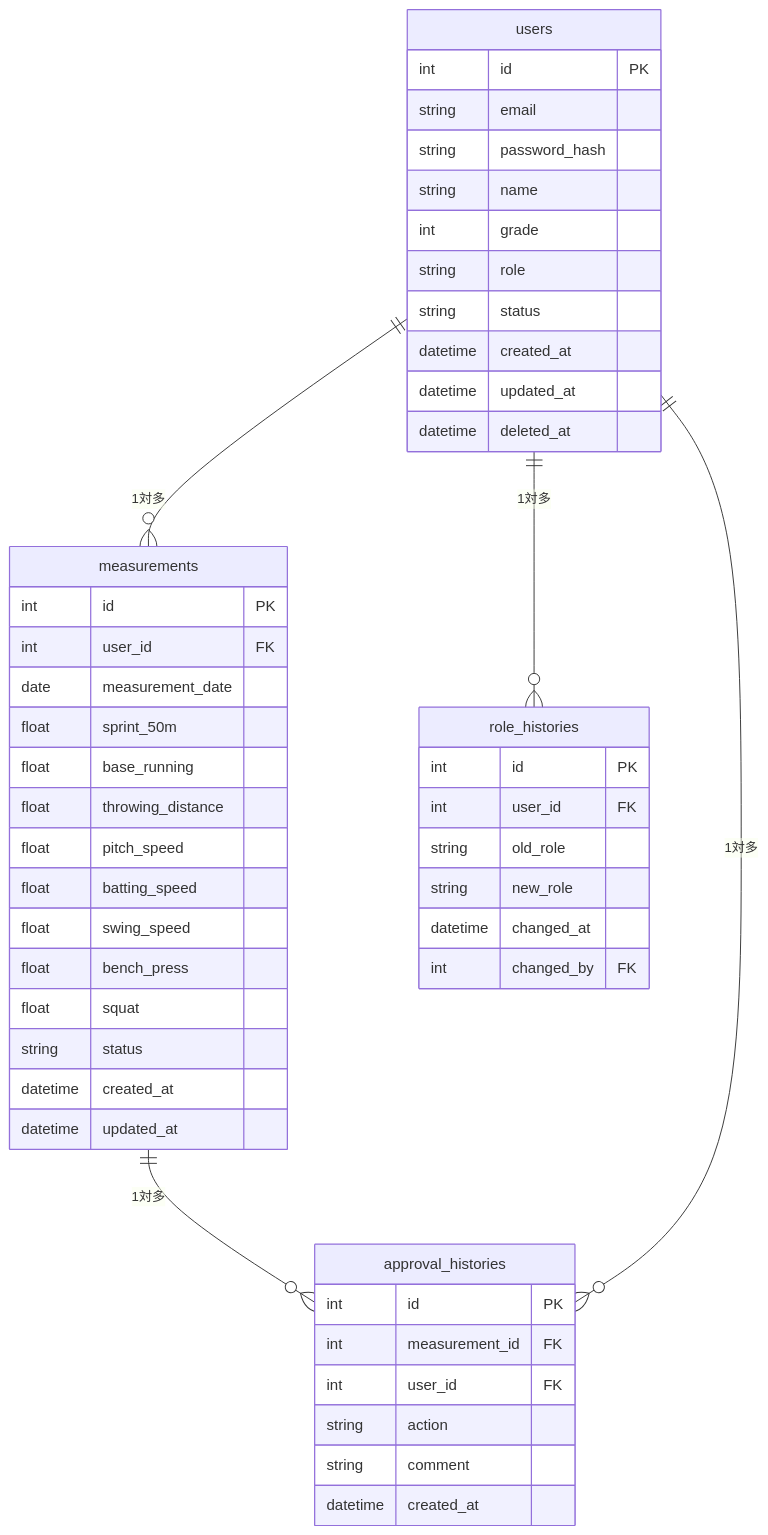
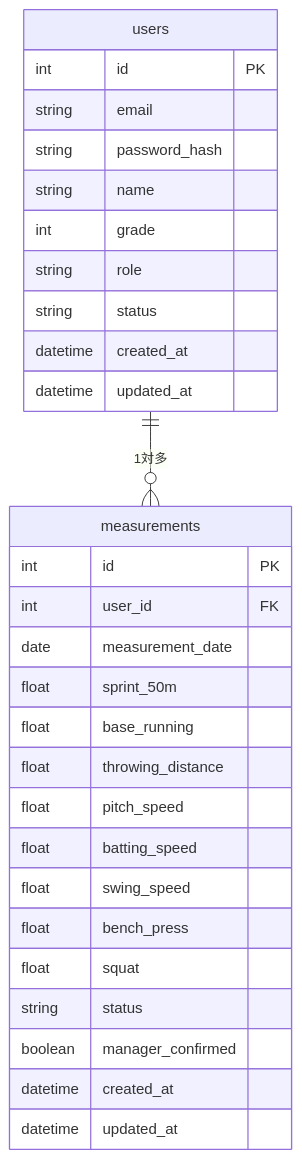
The second of 2 diagrams in baseball_talent_manager/docs/er.md (SungyongAn/portfolio), drawn with Mermaid before and after one commit. The commit also changed other lines of this file and 10 other files, not shown here.

````diff
--- a/baseball_talent_manager/docs/er.md
+++ b/baseball_talent_manager/docs/er.md
@@ -46,55 +45,34 @@
 ```mermaid
 erDiagram
     users {
         int id PK
         string email
         string password_hash
         string name
         int grade
         string role
         string status
         datetime created_at
         datetime updated_at
-        datetime deleted_at
     }
 
     measurements {
         int id PK
         int user_id FK
         date measurement_date
         float sprint_50m
         float base_running
         float throwing_distance
         float pitch_speed
         float batting_speed
         float swing_speed
         float bench_press
         float squat
         string status
+        boolean manager_confirmed
         datetime created_at
         datetime updated_at
     }
 
-    approval_histories {
-        int id PK
-        int measurement_id FK
-        int user_id FK
-        string action
-        string comment
-        datetime created_at
-    }
-
-    role_histories {
-        int id PK
-        int user_id FK
-        string old_role
-        string new_role
-        datetime changed_at
-        int changed_by FK
-    }
-
     users ||--o{ measurements : "1対多"
-    measurements ||--o{ approval_histories : "1対多"
-    users ||--o{ approval_histories : "1対多"
-    users ||--o{ role_histories : "1対多"
 ```
````
